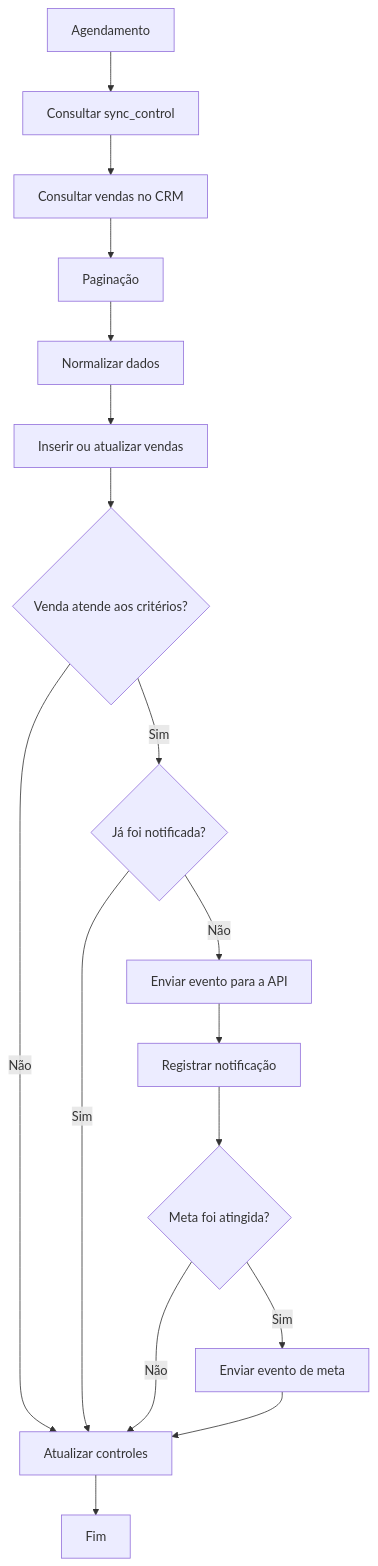
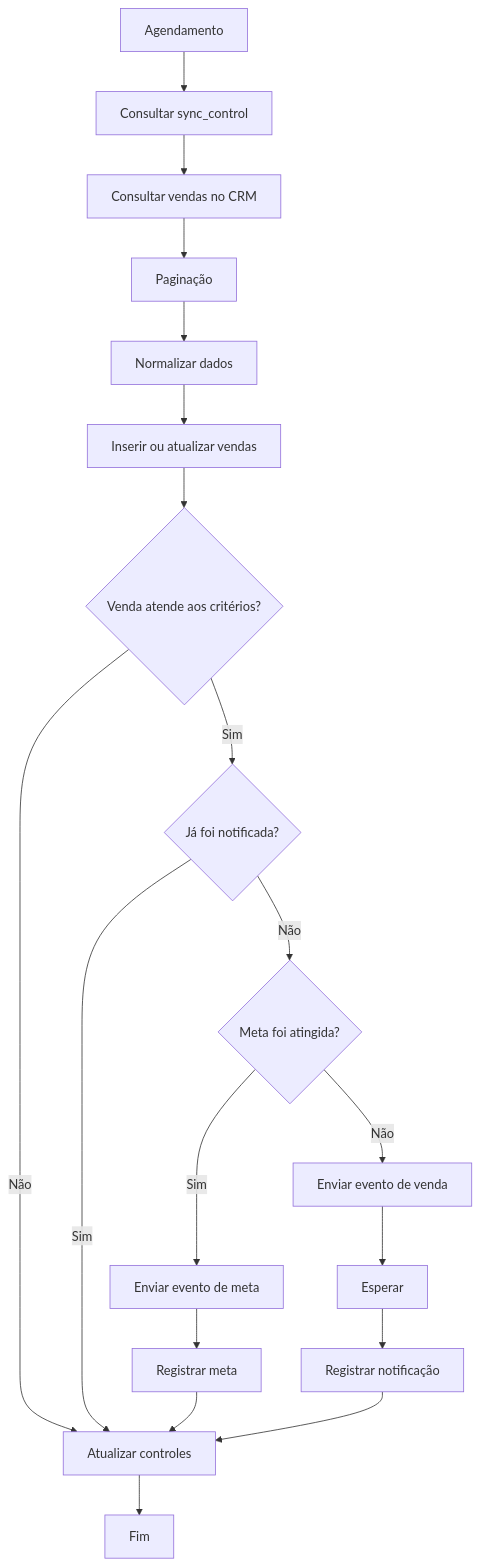
Before and after one commit to joaopedromc-git/EcossistemaComercial-Portfolio: the third of 3 diagrams in automation/n8n/README.md, drawn with Mermaid. The commit also changed other lines of this file and 2 other files, not shown here.

````diff
--- a/automation/n8n/README.md
+++ b/automation/n8n/README.md
@@ -175,39 +175,41 @@
 ```mermaid
 flowchart TD
     A[Agendamento]
     B[Consultar sync_control]
     C[Consultar vendas no CRM]
     D[Paginação]
     E[Normalizar dados]
     F[Inserir ou atualizar vendas]
     G{Venda atende aos critérios?}
     H{Já foi notificada?}
-    I[Enviar evento para a API]
+    I[Enviar evento de venda]
     J[Registrar notificação]
     K{Meta foi atingida?}
     L[Enviar evento de meta]
     M[Atualizar controles]
     N[Fim]
 
     A --> B
     B --> C
     C --> D
     D --> E
     E --> F
     F --> G
 
     G -->|Não| M
     G -->|Sim| H
 
     H -->|Sim| M
-    H -->|Não| I
+    H -->|Não| K
 
-    I --> J
-    J --> K
+    K -->|Sim| L
+    L --> R[Registrar meta]
+    R --> M
 
-    K -->|Não| M
-    K -->|Sim| L
+    K -->|Não| I
+    I --> W[Esperar]
+    W --> J
+    J --> M
 
-    L --> M
     M --> N
 ```
````
